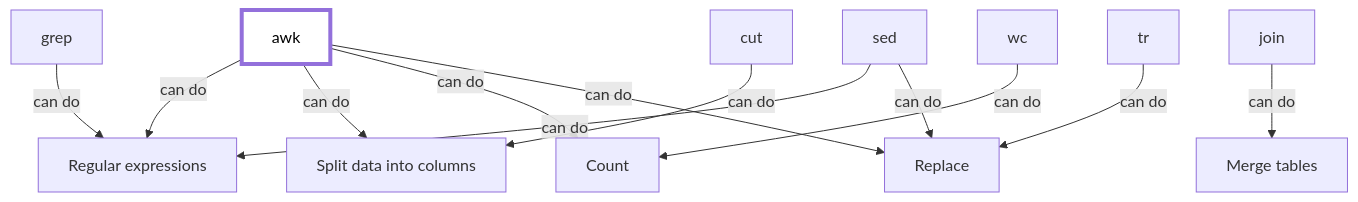
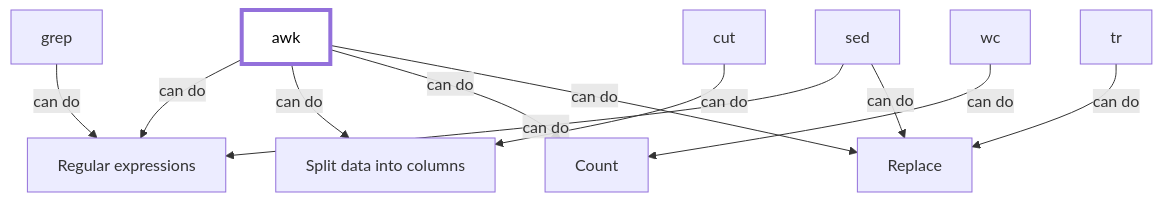
The diagram in docs/afternoon_session/related_tools.md (richelbilderbeek/awk_course), drawn with Mermaid before and after one commit. The commit also changed other lines of this file and 1 other file, not shown here.

````diff
--- a/docs/afternoon_session/related_tools.md
+++ b/docs/afternoon_session/related_tools.md
@@ -24,36 +24,32 @@
 ```mermaid
 flowchart TD
 
   classDef focus_node fill:#fff,color:#000,stroke-width:4px
 
   awk:::focus_node
   cut
   grep
-  join
   sed
   tr
   wc
 
   regexps[Regular expressions]
   split_data_in_columns[Split data into columns]
   count[Count]
-  merge_tables[Merge tables]
   replace[Replace]
 
   %% Tools
   awk --> |can do| regexps
   sed --> |can do| regexps
   grep --> |can do| regexps
 
   awk --> |can do| split_data_in_columns
   cut --> |can do| split_data_in_columns
 
   awk --> |can do| count 
   wc --> |can do| count
 
   awk --> |can do| replace
   tr --> |can do| replace
   sed --> |can do| replace
-
-  join --> |can do| merge_tables
 ```
````
